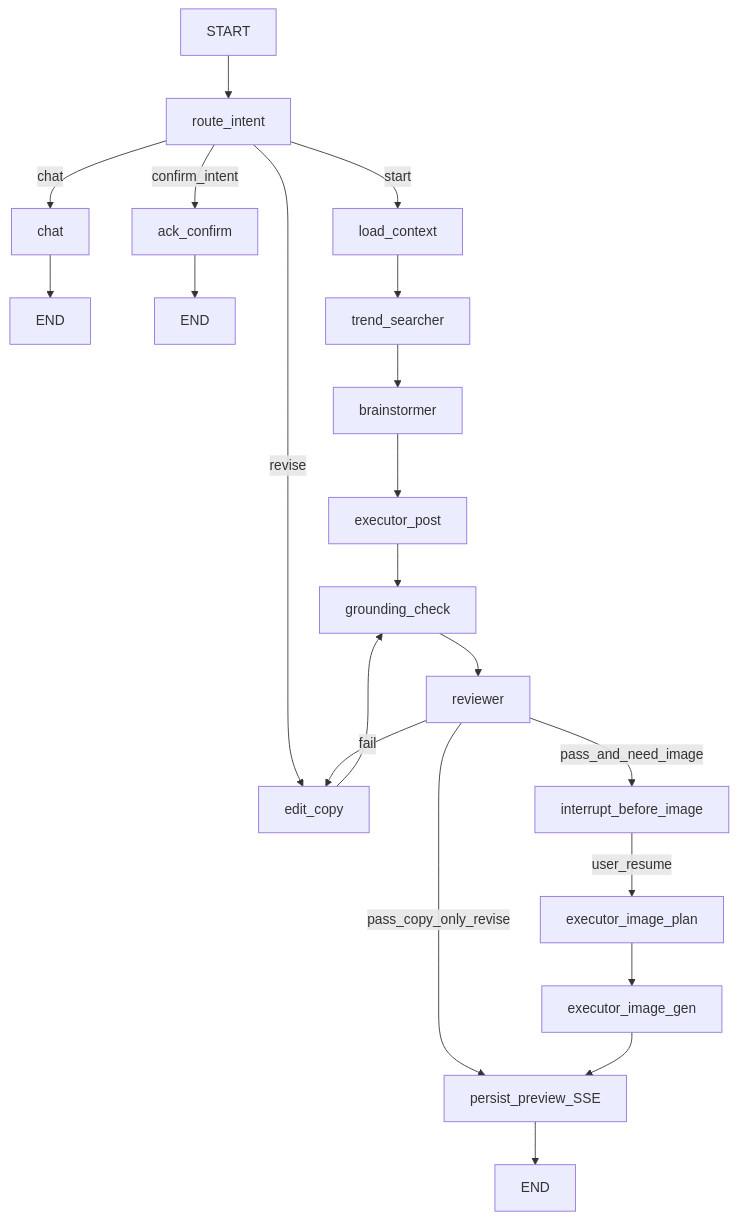
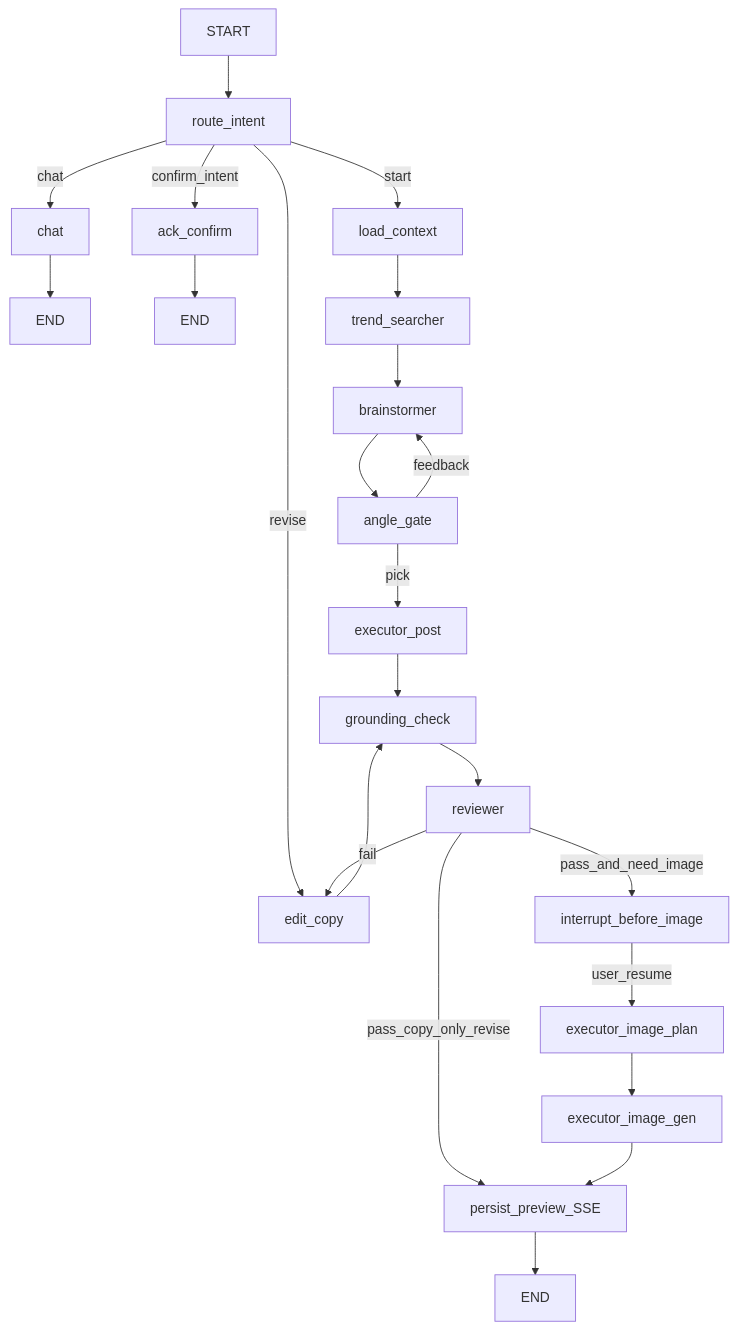
Before and after one commit to brandon-wsc/unhinted-marketing: the diagram in docs/ROADMAP.md, drawn with Mermaid. The commit also changed other lines of this file and 6 other files, not shown here.

First line of the commit message:
docs(sessions): sync graph docs with the angle-pick interrupt

````diff
--- a/docs/ROADMAP.md
+++ b/docs/ROADMAP.md
@@ -193,17 +195,20 @@
 ```mermaid
 flowchart TD
   startNode[START] --> route_intent
   route_intent -->|chat| chat
   route_intent -->|start| load_context
   route_intent -->|revise| edit_copy
   route_intent -->|confirm_intent| ack_confirm
   chat --> endChat[END]
   ack_confirm --> endAck[END]
-  load_context --> trend_searcher --> brainstormer --> executor_post --> grounding_check --> reviewer
+  load_context --> trend_searcher --> brainstormer --> angleGate[angle_gate]
+  angleGate -->|pick| executor_post
+  angleGate -->|feedback| brainstormer
+  executor_post --> grounding_check --> reviewer
   reviewer -->|fail| edit_copy
   reviewer -->|pass_and_need_image| interruptWait[interrupt_before_image]
   reviewer -->|pass_copy_only_revise| persistPreview[persist_preview_SSE]
   interruptWait -->|user_resume| executor_image_plan --> executor_image_gen --> persistPreview
   edit_copy --> grounding_check
   persistPreview --> endPreview[END]
 ```
````
